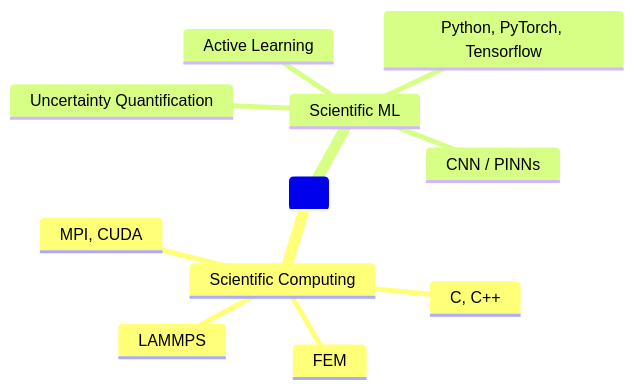
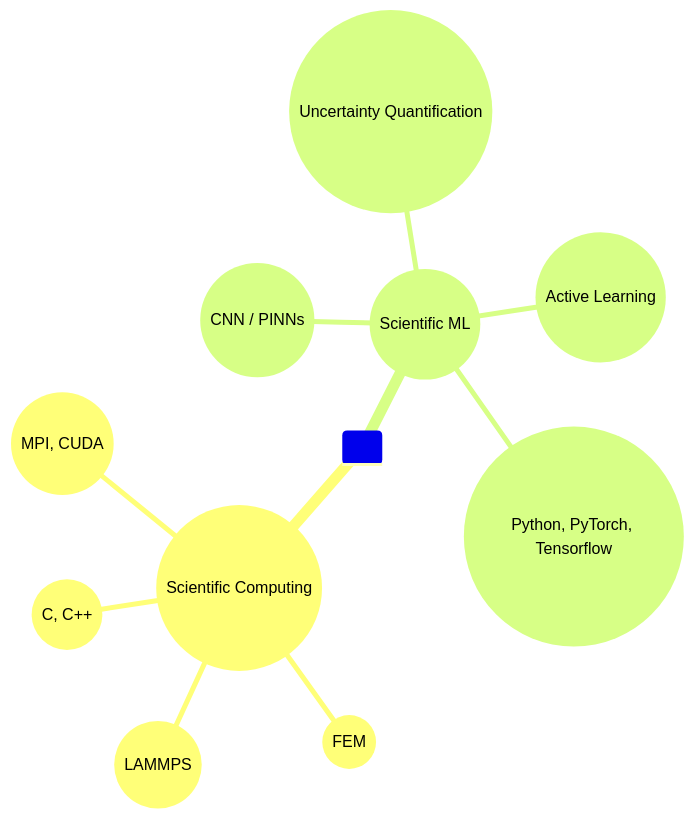
One commit to ashriva16/ashriva16 changed the diagram in README.md. Above: the diagram before and after it, drawn with Mermaid.

````diff
--- a/README.md
+++ b/README.md
@@ -1,14 +1,14 @@
 ```mermaid
 mindmap
 </br>
-  Scientific Computing
-    FEM
-    LAMMPS
-    C, C++
-    MPI, CUDA
-  Scientific ML
-    CNN / PINNs
-    Uncertainty Quantification
-    Active Learning
-    Python, PyTorch, Tensorflow
+  ((Scientific Computing))
+    ((FEM))
+    ((LAMMPS))
+    ((C, C++))
+    ((MPI, CUDA))
+  ((Scientific ML))
+    ((CNN / PINNs))
+    ((Uncertainty Quantification))
+    ((Active Learning))
+    ((Python, PyTorch, Tensorflow))
 ```
````
